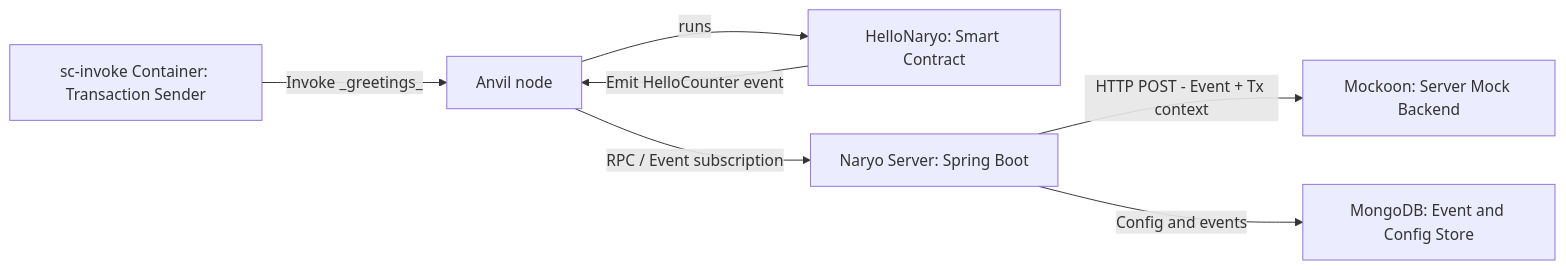
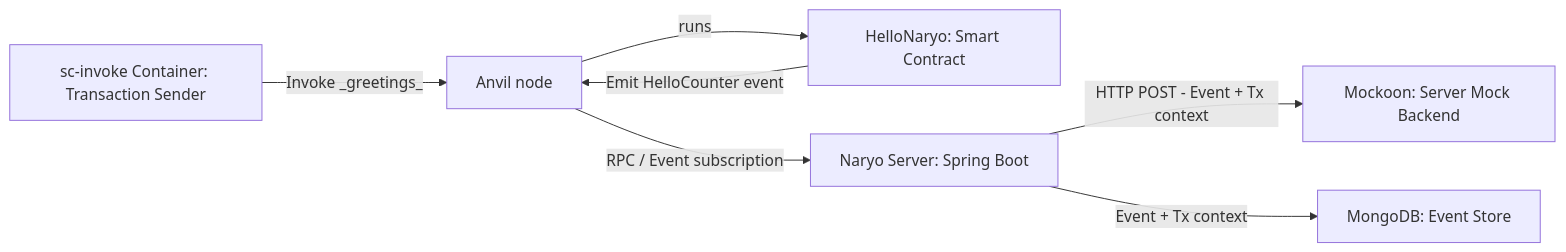
The diagram in docs/tutorials/naryo_quickstart.md (LF-Decentralized-Trust-labs/Naryo), drawn with Mermaid before and after one commit.

Commit message:
Minor fix quickstart. Signed-off-by: adovale-IOB <149681614+adovale-IOB@users.noreply.github.com>

````diff
--- a/docs/tutorials/naryo_quickstart.md
+++ b/docs/tutorials/naryo_quickstart.md
@@ -104,26 +104,26 @@
 ```mermaid
 flowchart LR
     %% Nodes / Infrastructure
     Anvil[Anvil node]
     Contract[HelloNaryo: Smart Contract]
     Naryo[Naryo Server: Spring Boot]
     Mockoon[Mockoon: Server Mock Backend]
     Invoke[sc-invoke Container: Transaction Sender]
-    MongoDB[MongoDB: Event and Config Store]
+    MongoDB[MongoDB: Event Store]
 
     %% Deployment relationships
     Anvil -->|runs| Contract
 
     %% Runtime interactions
     Invoke -->|Invoke _greetings_| Anvil
     Contract -->|Emit HelloCounter event| Anvil
 
     %% Event listening
     Anvil -->|RPC / Event subscription| Naryo
 
     %% Broadcasting
     Naryo -->|HTTP POST - Event + Tx context| Mockoon
     
     %% Storing data
-    Naryo -->|Config and events| MongoDB
+    Naryo -->|Event + Tx context| MongoDB
 ```
````
